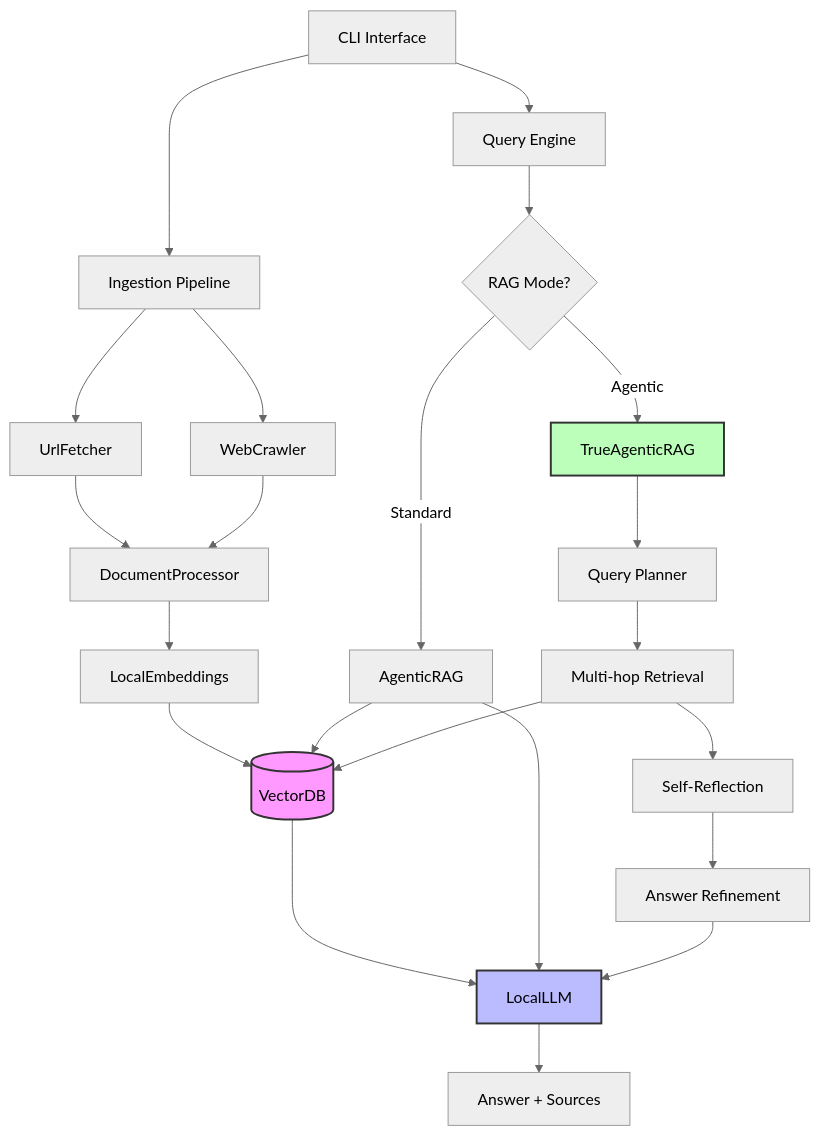
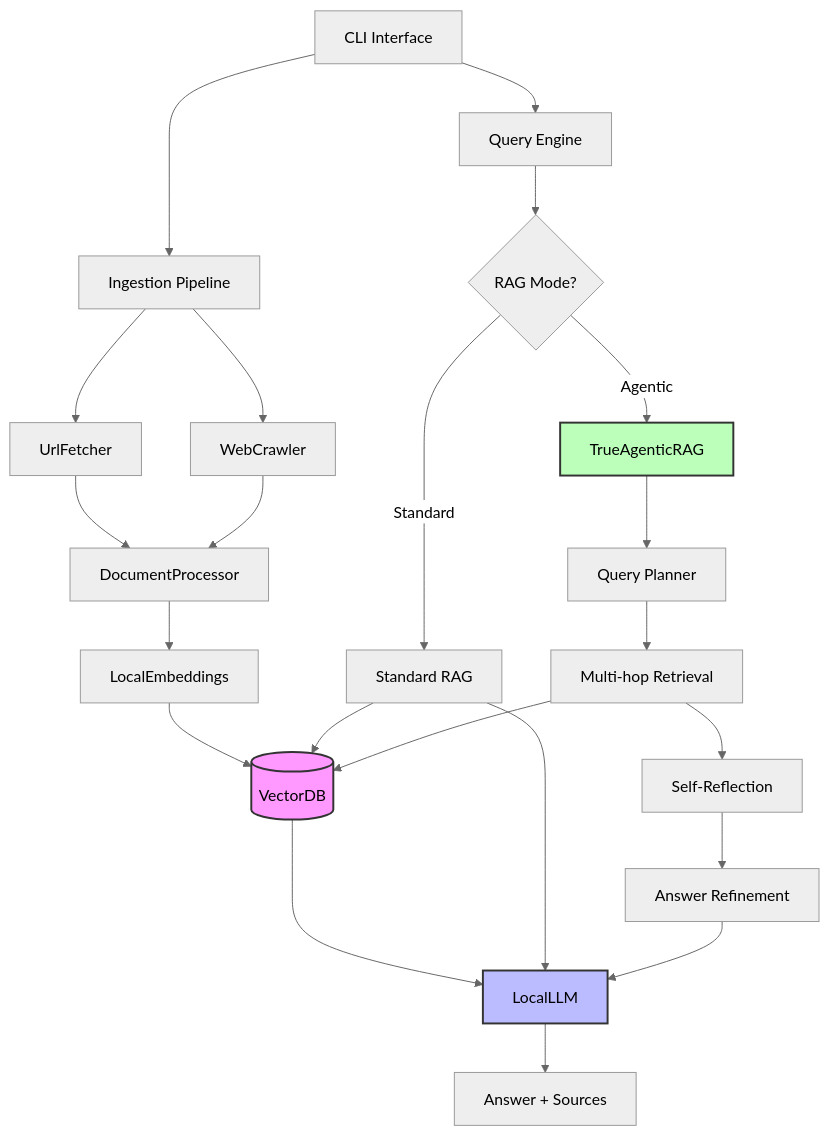
One commit to chris17453/cli-rag changed the diagram in README.md. Above: the diagram before and after it, drawn with Mermaid (neutral theme). The commit also changed other lines of this file and 2 other files, not shown here.

````diff
--- a/README.md
+++ b/README.md
@@ -195,33 +195,33 @@
 ```mermaid
 graph TB
     CLI[CLI Interface] --> Ingest[Ingestion Pipeline]
     CLI --> Query[Query Engine]
 
     Ingest --> Fetch[UrlFetcher]
     Ingest --> Crawler[WebCrawler]
     Fetch --> Process[DocumentProcessor]
     Crawler --> Process
     Process --> Embed[LocalEmbeddings]
     Embed --> VDB[(VectorDB)]
 
     Query --> Agent{RAG Mode?}
-    Agent -->|Standard| SimpleRAG[AgenticRAG]
+    Agent -->|Standard| StandardRAG[Standard RAG]
     Agent -->|Agentic| TrueRAG[TrueAgenticRAG]
 
-    SimpleRAG --> VDB
+    StandardRAG --> VDB
     TrueRAG --> Plan[Query Planner]
     Plan --> MultiHop[Multi-hop Retrieval]
     MultiHop --> VDB
     MultiHop --> Reflect[Self-Reflection]
     Reflect --> Refine[Answer Refinement]
 
     VDB --> LLM[LocalLLM]
-    SimpleRAG --> LLM
+    StandardRAG --> LLM
     Refine --> LLM
 
     LLM --> Response[Answer + Sources]
 
     style VDB fill:#f9f,stroke:#333,stroke-width:2px
     style LLM fill:#bbf,stroke:#333,stroke-width:2px
     style TrueRAG fill:#bfb,stroke:#333,stroke-width:2px
 ```
````
